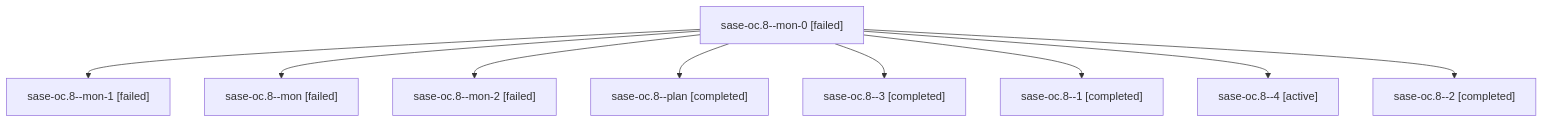
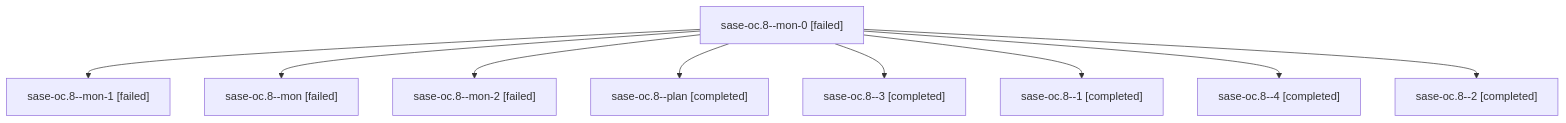
Before and after one commit to sase-org/sase--agents: the diagram in families/bbugyi200.athena.sase-oc.8.md, drawn with Mermaid. The commit also changed other lines of this file and 162 other files, not shown here.

````diff
--- a/families/bbugyi200.athena.sase-oc.8.md
+++ b/families/bbugyi200.athena.sase-oc.8.md
@@ -9,20 +9,20 @@
 ```mermaid
 flowchart TD
   n0["sase-oc.8--mon-0 [failed]"]
   n1["sase-oc.8--mon-1 [failed]"]
   n0 --> n1
   n2["sase-oc.8--mon [failed]"]
   n0 --> n2
   n3["sase-oc.8--mon-2 [failed]"]
   n0 --> n3
   n4["sase-oc.8--plan [completed]"]
   n0 --> n4
   n5["sase-oc.8--3 [completed]"]
   n0 --> n5
   n6["sase-oc.8--1 [completed]"]
   n0 --> n6
-  n7["sase-oc.8--4 [active]"]
+  n7["sase-oc.8--4 [completed]"]
   n0 --> n7
   n8["sase-oc.8--2 [completed]"]
   n0 --> n8
 ```
````
